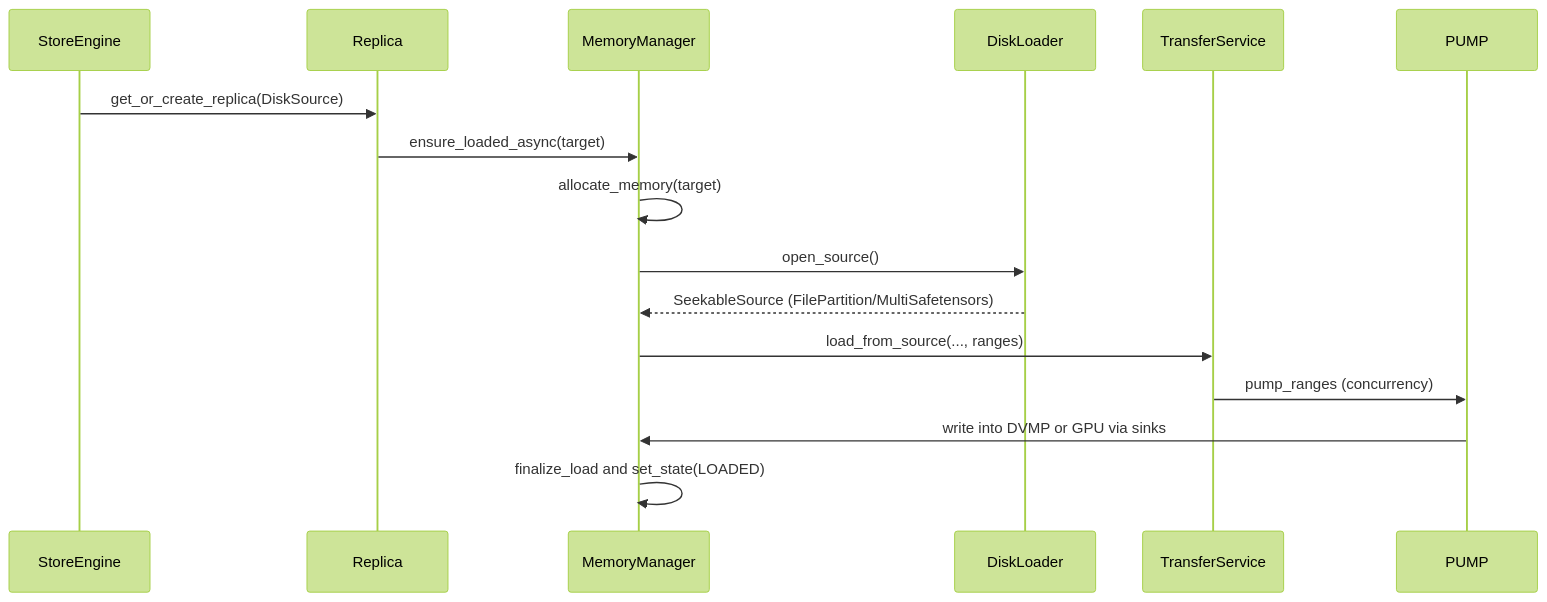
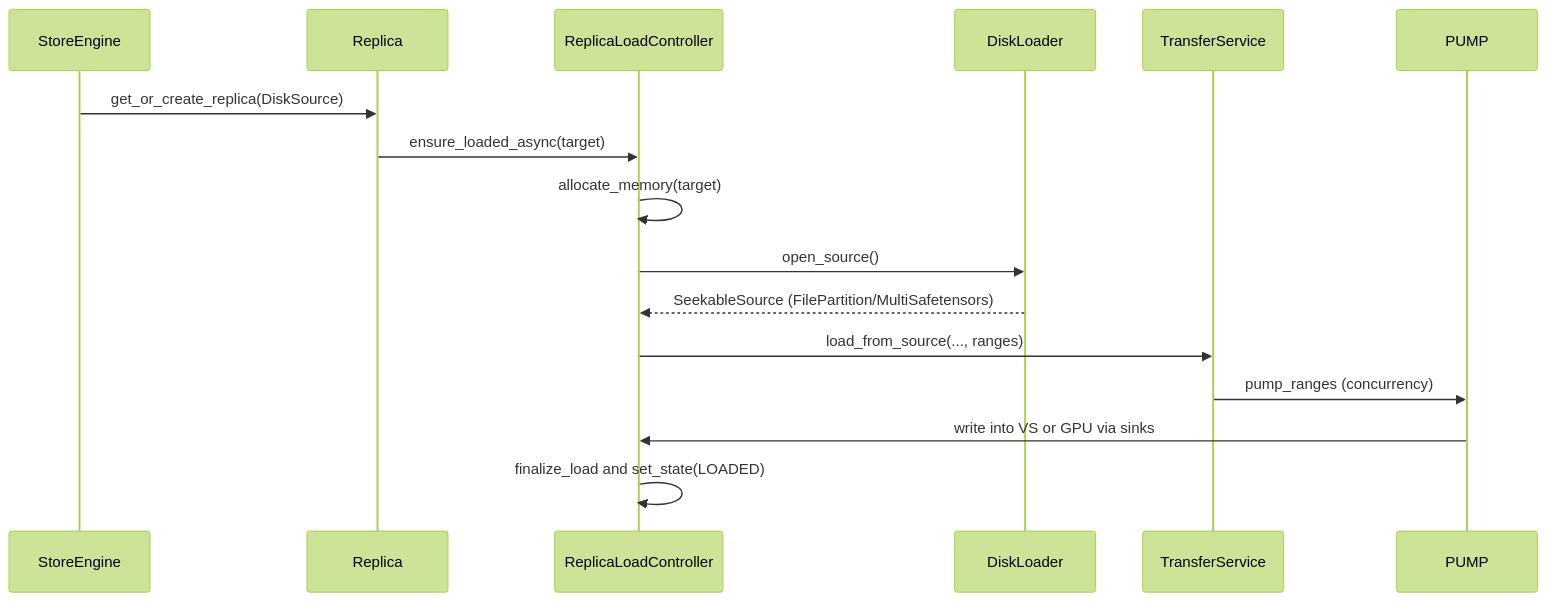
Before and after one commit to tensorcast-ai/tensorcast: the third of 6 diagrams in core/store/README.md, drawn with Mermaid (forest theme). The commit also changed other lines of this file and 155 other files, not shown here.

````diff
--- a/core/store/README.md
+++ b/core/store/README.md
@@ -151,18 +161,18 @@
 ```mermaid
 sequenceDiagram
   participant SE as StoreEngine
   participant REP as Replica
-  participant MM as MemoryManager
+  participant MM as ReplicaLoadController
   participant DLD as DiskLoader
   participant TS as TransferService
 
   SE->>REP: get_or_create_replica(DiskSource)
   REP->>MM: ensure_loaded_async(target)
   MM->>MM: allocate_memory(target)
   MM->>DLD: open_source()
   DLD-->>MM: SeekableSource (FilePartition/MultiSafetensors)
   MM->>TS: load_from_source(..., ranges)
   TS->>PUMP: pump_ranges (concurrency)
-  PUMP->>MM: write into DVMP or GPU via sinks
+  PUMP->>MM: write into VS or GPU via sinks
   MM->>MM: finalize_load and set_state(LOADED)
 ```
````
